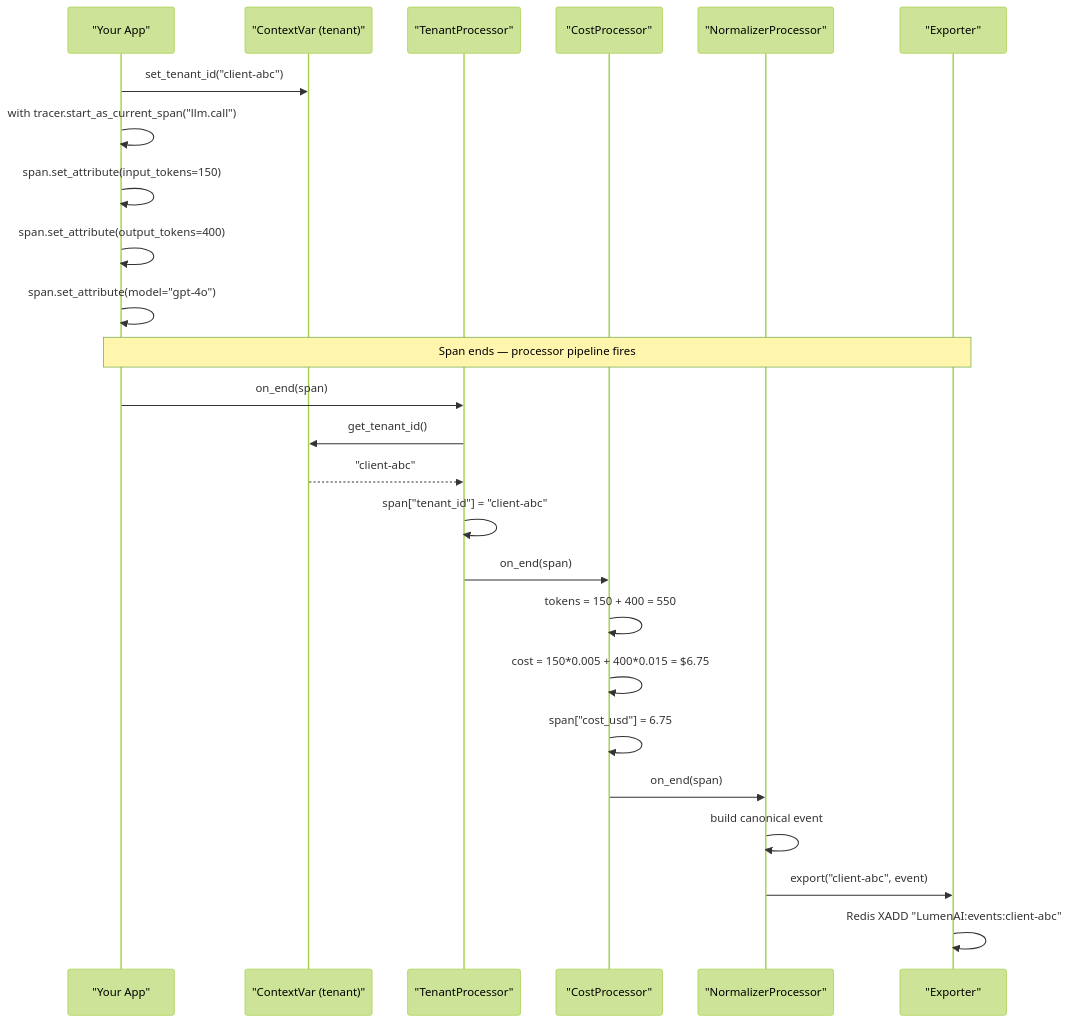
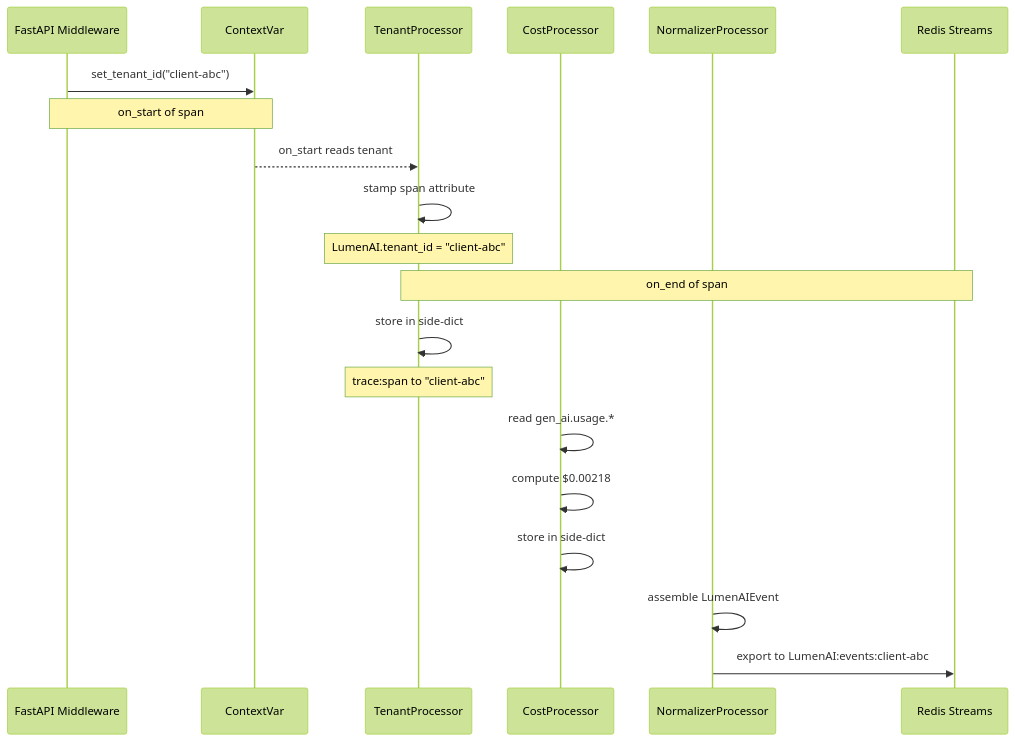
Before and after one commit to skarL007/-lumen-ai-sdk: the second of 4 diagrams in README.md, drawn with Mermaid (forest theme). The commit also changed other lines of this file and 2 other files, not shown here.

````diff
--- a/README.md
+++ b/README.md
@@ -65,33 +119,24 @@
 ```mermaid
 sequenceDiagram
-    participant App as "Your App"
-    participant CV as "ContextVar (tenant)"
-    participant TP as "TenantProcessor"
-    participant CP as "CostProcessor"
-    participant NP as "NormalizerProcessor"
-    participant EX as "Exporter"
+    participant MW as FastAPI Middleware
+    participant CV as ContextVar
+    participant T as TenantProcessor
+    participant C as CostProcessor
+    participant N as NormalizerProcessor
+    participant R as Redis Streams
 
-    App->>CV: set_tenant_id("client-abc")
-    App->>App: with tracer.start_as_current_span("llm.call")
-    App->>App: span.set_attribute(input_tokens=150)
-    App->>App: span.set_attribute(output_tokens=400)
-    App->>App: span.set_attribute(model="gpt-4o")
+    MW->>CV: set_tenant_id("client-abc")
+    Note over MW,CV: on_start of span
+    CV-->>T: on_start reads tenant
+    T->>T: stamp span attribute
+    Note over T: LumenAI.tenant_id = "client-abc"
 
-    Note over App,EX: Span ends — processor pipeline fires
-
-    App->>TP: on_end(span)
-    TP->>CV: get_tenant_id()
-    CV-->>TP: "client-abc"
-    TP->>TP: span["tenant_id"] = "client-abc"
-
-    TP->>CP: on_end(span)
-    CP->>CP: tokens = 150 + 400 = 550
-    CP->>CP: cost = 150*0.005 + 400*0.015 = $6.75
-    CP->>CP: span["cost_usd"] = 6.75
-
-    CP->>NP: on_end(span)
-    NP->>NP: build canonical event
-
-    NP->>EX: export("client-abc", event)
-    EX->>EX: Redis XADD "LumenAI:events:client-abc"
+    Note over T,R: on_end of span
+    T->>T: store in side-dict
+    Note over T: trace:span to "client-abc"
+    C->>C: read gen_ai.usage.*
+    C->>C: compute $0.00218
+    C->>C: store in side-dict
+    N->>N: assemble LumenAIEvent
+    N->>R: export to LumenAI:events:client-abc
 ```
````
